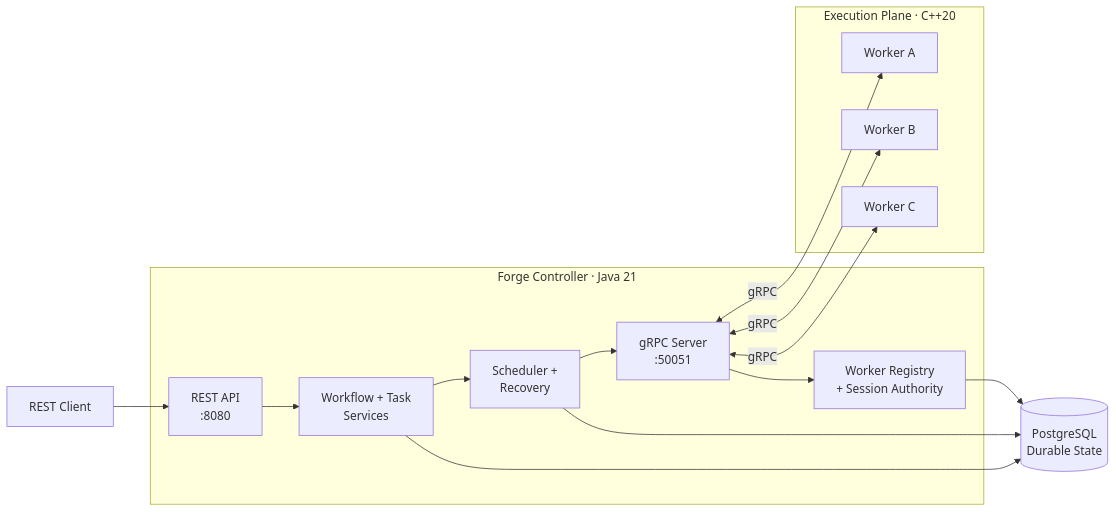
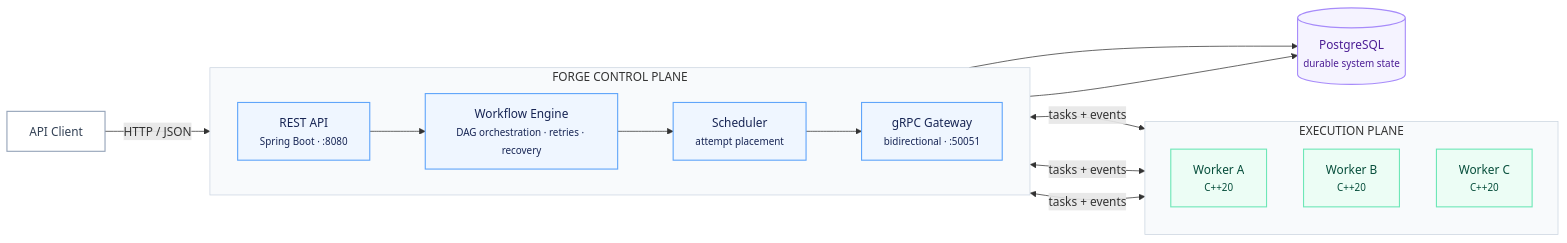
One commit to walitemuri/forge_app changed the diagram in docs/diagrams/system-overview.mmd. Above: the diagram before and after it, drawn with Mermaid. The commit also changed 10 other files, not shown here.

Commit message:
Improve architecture diagrams

```diff
--- a/docs/diagrams/system-overview.mmd
+++ b/docs/diagrams/system-overview.mmd
@@ -1,34 +1,52 @@
 flowchart LR
 
-    Client["REST Client"]
+    CLIENT["API Client"]
 
-    subgraph Control["Forge Controller · Java 21"]
-        API["REST API<br/>:8080"]
-        Services["Workflow + Task<br/>Services"]
-        Scheduler["Scheduler +<br/>Recovery"]
-        GRPC["gRPC Server<br/>:50051"]
-        Authority["Worker Registry<br/>+ Session Authority"]
+    subgraph CONTROL["FORGE CONTROL PLANE"]
+        direction LR
 
-        API --> Services
-        Services --> Scheduler
-        Scheduler --> GRPC
-        GRPC --> Authority
+        API["REST API<br/><small>Spring Boot · :8080</small>"]
+
+        CORE["Workflow Engine<br/><small>DAG orchestration · retries · recovery</small>"]
+
+        SCHED["Scheduler<br/><small>attempt placement</small>"]
+
+        GRPC["gRPC Gateway<br/><small>bidirectional · :50051</small>"]
+
+        API --> CORE
+        CORE --> SCHED
+        SCHED --> GRPC
     end
 
-    DB[("PostgreSQL<br/>Durable State")]
+    DB[("PostgreSQL<br/><small>durable system state</small>")]
 
-    subgraph Execution["Execution Plane · C++20"]
-        W1["Worker A"]
-        W2["Worker B"]
-        W3["Worker C"]
+    subgraph EXECUTION["EXECUTION PLANE"]
+        direction TB
+
+        W1["Worker A<br/><small>C++20</small>"]
+        W2["Worker B<br/><small>C++20</small>"]
+        W3["Worker C<br/><small>C++20</small>"]
     end
 
-    Client --> API
+    CLIENT -->|"HTTP / JSON"| API
 
-    Services --> DB
-    Scheduler --> DB
-    Authority --> DB
+    CORE --> DB
+    SCHED --> DB
 
-    GRPC <-->|gRPC| W1
-    GRPC <-->|gRPC| W2
-    GRPC <-->|gRPC| W3
+    GRPC <-->|"tasks + events"| W1
+    GRPC <-->|"tasks + events"| W2
+    GRPC <-->|"tasks + events"| W3
+
+
+    classDef client fill:#ffffff,stroke:#94a3b8,color:#334155,stroke-width:1.5px;
+    classDef control fill:#eff6ff,stroke:#60a5fa,color:#172554,stroke-width:1.5px;
+    classDef database fill:#f5f3ff,stroke:#a78bfa,color:#4c1d95,stroke-width:1.5px;
+    classDef worker fill:#ecfdf5,stroke:#6ee7b7,color:#064e3b,stroke-width:1.5px;
+
+    class CLIENT client;
+    class API,CORE,SCHED,GRPC control;
+    class DB database;
+    class W1,W2,W3 worker;
+
+    style CONTROL fill:#f8fafc,stroke:#cbd5e1,stroke-width:1px
+    style EXECUTION fill:#f8fafc,stroke:#cbd5e1,stroke-width:1px
```
